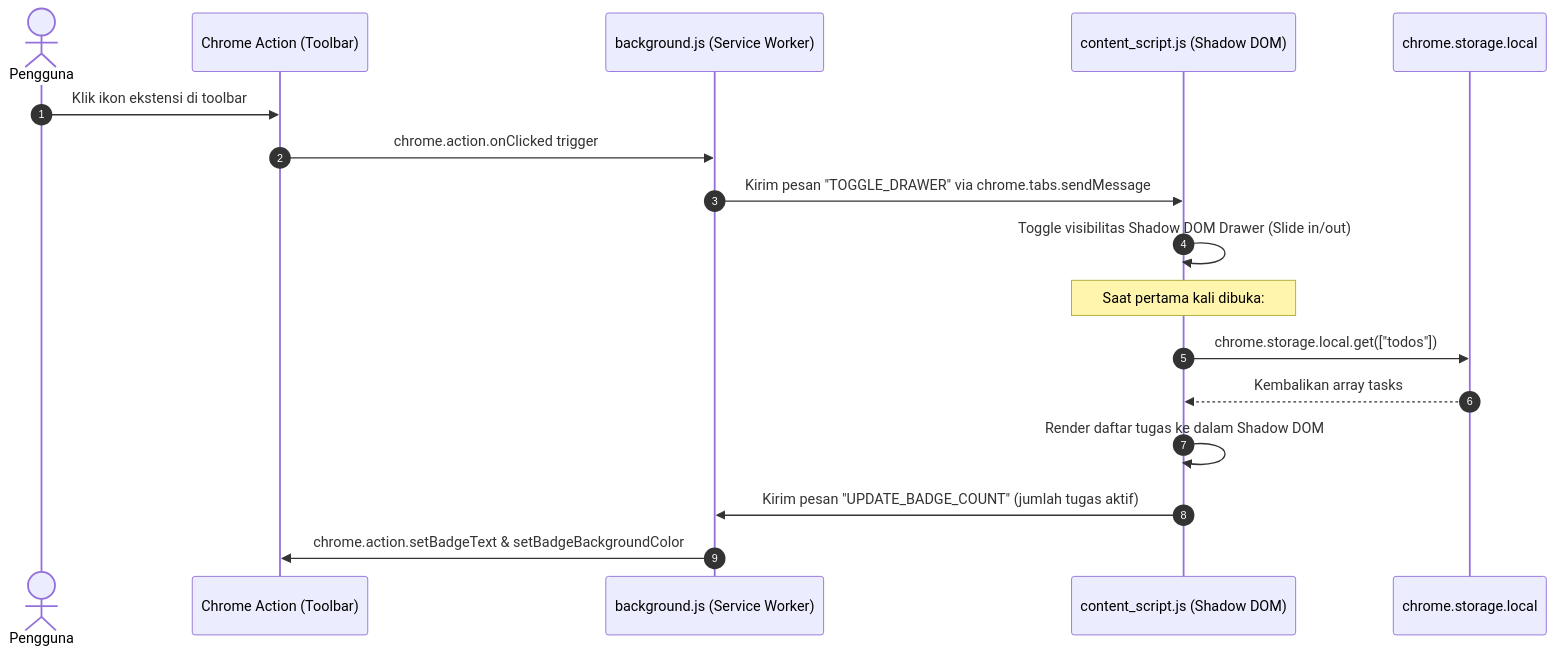
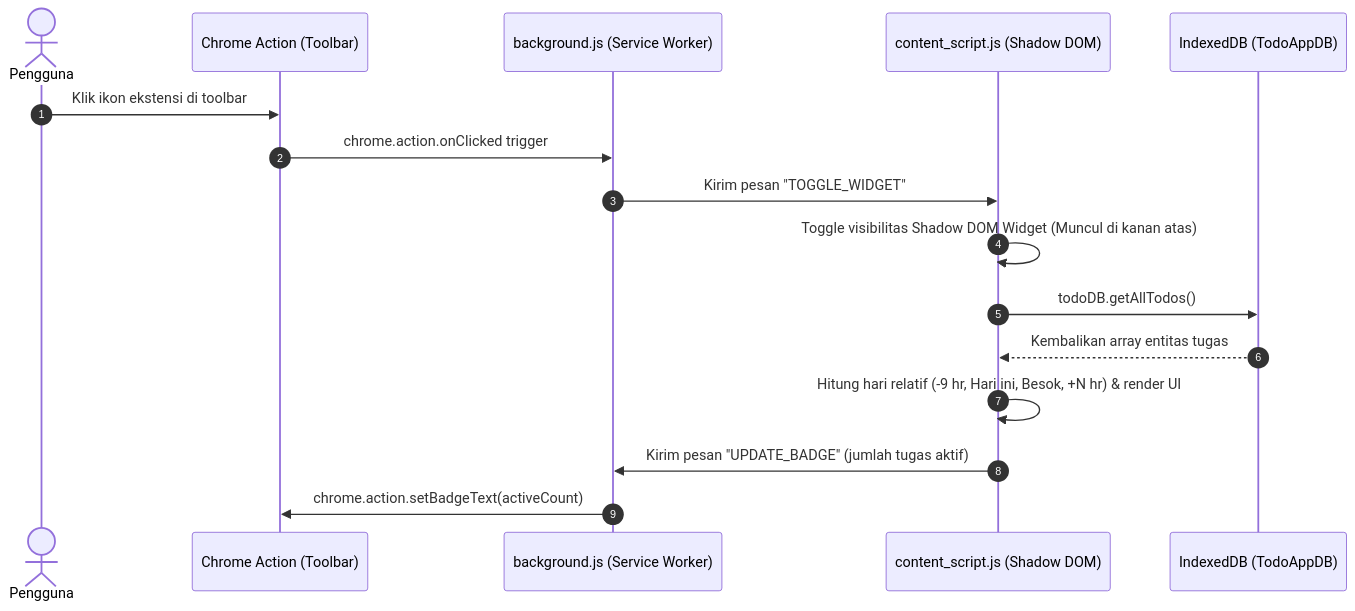
The diagram in todo-extension-doc/architecture.md (adzkya-fajri/sprespektor), drawn with Mermaid before and after one commit. The commit also changed other lines of this file and 9 other files, not shown here.

Commit message:
feat(extension): release complete unpacked Chrome Extension Manifest V3 with IndexedDB

````diff
--- a/todo-extension-doc/architecture.md
+++ b/todo-extension-doc/architecture.md
@@ -41,20 +42,19 @@
 ```mermaid
 sequenceDiagram
     autonumber
     actor User as Pengguna
     participant Action as Chrome Action (Toolbar)
     participant BG as background.js (Service Worker)
     participant Content as content_script.js (Shadow DOM)
-    participant Storage as chrome.storage.local
+    participant IDB as IndexedDB (TodoAppDB)
 
     User->>Action: Klik ikon ekstensi di toolbar
     Action->>BG: chrome.action.onClicked trigger
-    BG->>Content: Kirim pesan "TOGGLE_DRAWER" via chrome.tabs.sendMessage
-    Content->>Content: Toggle visibilitas Shadow DOM Drawer (Slide in/out)
-    Note over Content: Saat pertama kali dibuka:
-    Content->>Storage: chrome.storage.local.get(["todos"])
-    Storage-->>Content: Kembalikan array tasks
-    Content->>Content: Render daftar tugas ke dalam Shadow DOM
-    Content->>BG: Kirim pesan "UPDATE_BADGE_COUNT" (jumlah tugas aktif)
-    BG->>Action: chrome.action.setBadgeText & setBadgeBackgroundColor
+    BG->>Content: Kirim pesan "TOGGLE_WIDGET"
+    Content->>Content: Toggle visibilitas Shadow DOM Widget (Muncul di kanan atas)
+    Content->>IDB: todoDB.getAllTodos()
+    IDB-->>Content: Kembalikan array entitas tugas
+    Content->>Content: Hitung hari relatif (-9 hr, Hari ini, Besok, +N hr) & render UI
+    Content->>BG: Kirim pesan "UPDATE_BADGE" (jumlah tugas aktif)
+    BG->>Action: chrome.action.setBadgeText(activeCount)
 ```
````
